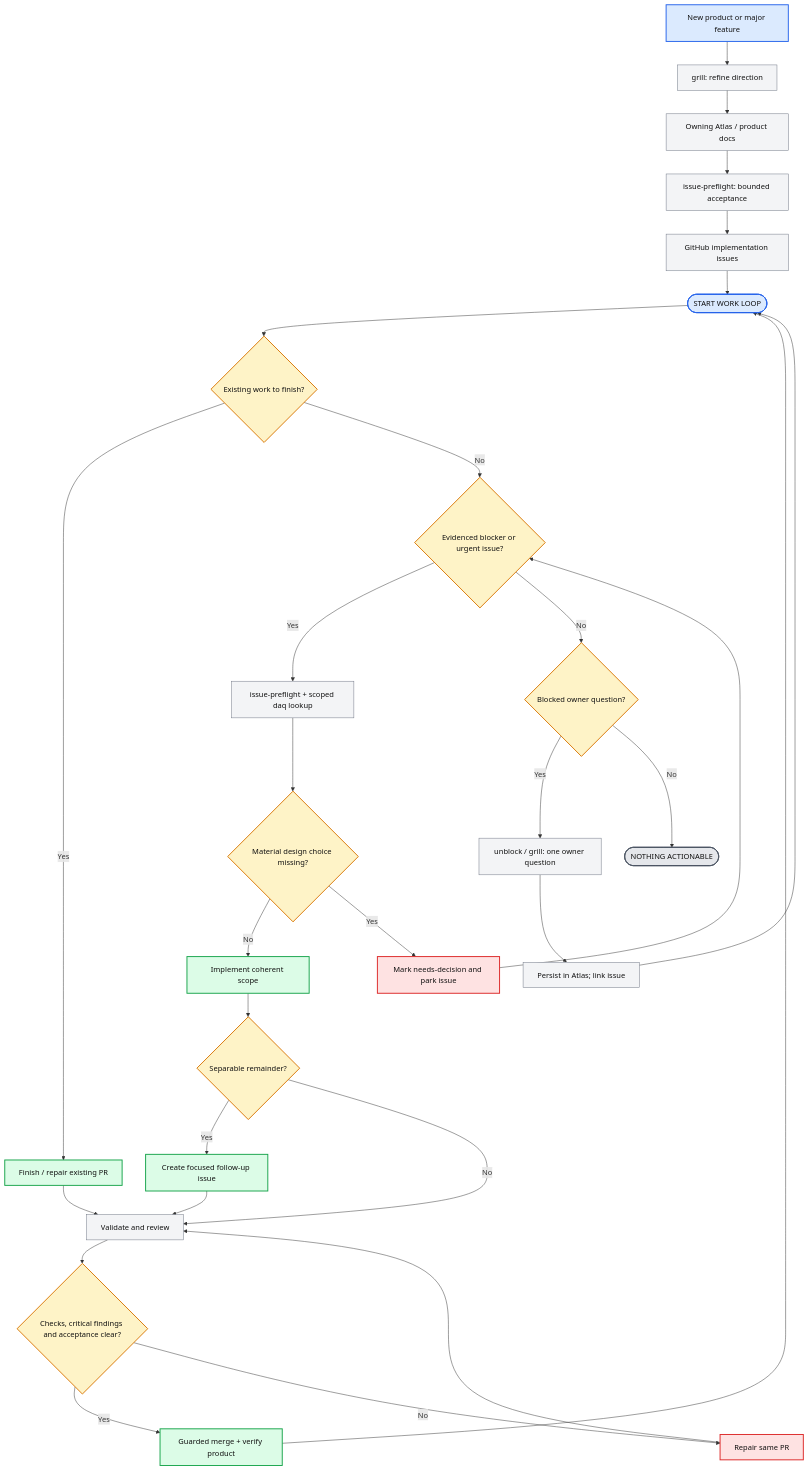
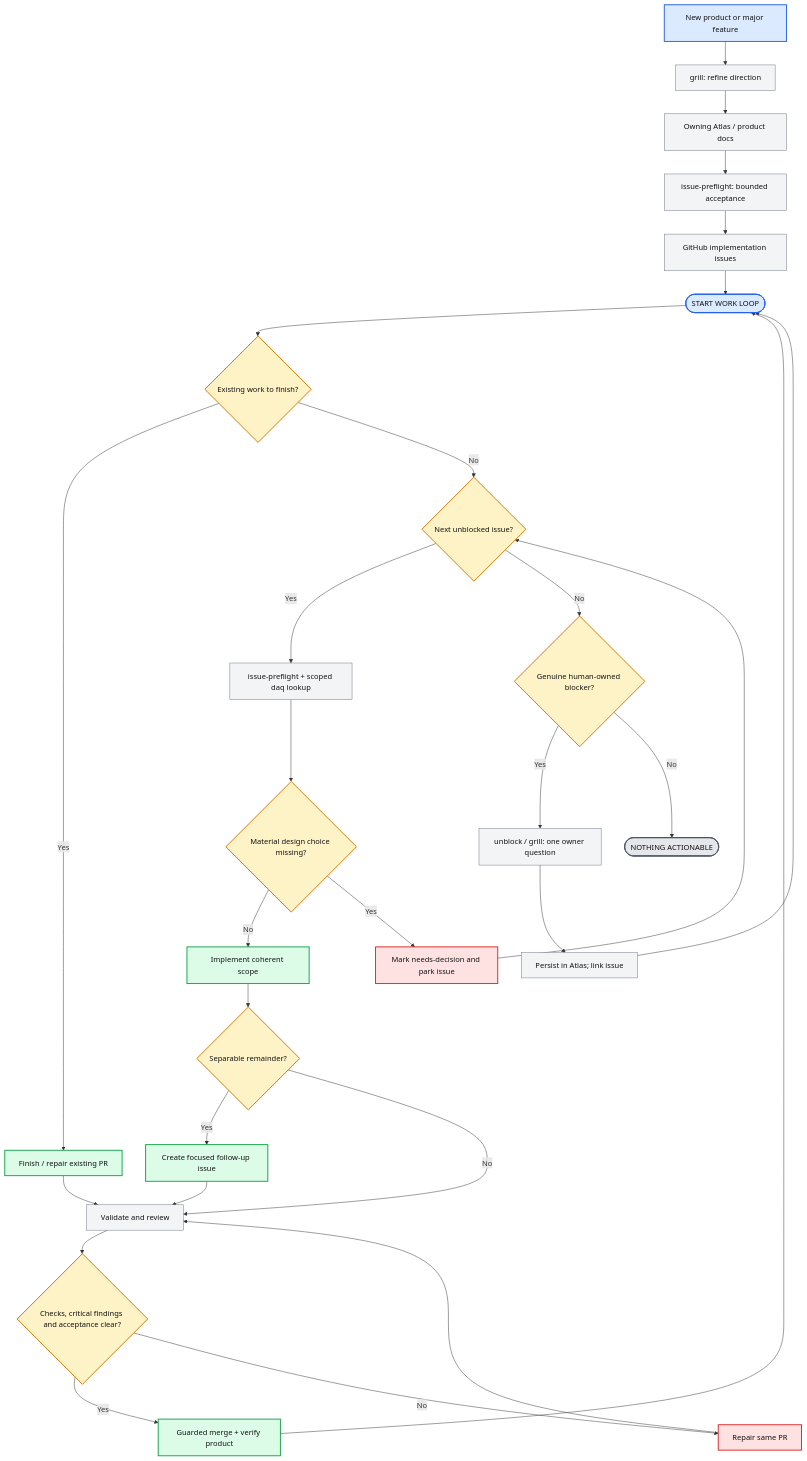
The diagram in README.md (moritzbrantner/dotfiles), drawn with Mermaid before and after one commit. The commit also changed other lines of this file, not shown here.

Commit message:
docs: describe issue-driven scheduling without product priorities

````diff
--- a/README.md
+++ b/README.md
@@ -117,40 +127,40 @@
 ```mermaid
 flowchart TD
     IDEA[New product or major feature]:::start --> GRILL[grill: refine direction]:::action
     GRILL --> ATLAS[Owning Atlas / product docs]:::action
     ATLAS --> PREFLIGHT[issue-preflight: bounded acceptance]:::action
     PREFLIGHT --> ISSUES[GitHub implementation issues]:::action
     ISSUES --> START([START WORK LOOP]):::start
 
     START --> EXISTING{Existing work to finish?}:::question
     EXISTING -->|Yes| FINISH[Finish / repair existing PR]:::yes
     FINISH --> VERIFY[Validate and review]:::action
-    EXISTING -->|No| ISSUE{Evidenced blocker or urgent issue?}:::question
+    EXISTING -->|No| ISSUE{Next unblocked issue?}:::question
     ISSUE -->|Yes| INTENT[issue-preflight + scoped daq lookup]:::action
     INTENT --> GAP{Material design choice missing?}:::question
     GAP -->|No| IMPLEMENT[Implement coherent scope]:::yes
     GAP -->|Yes| BLOCK[Mark needs-decision and park issue]:::no
     BLOCK --> ISSUE
     DECISION -->|Yes| ASK[unblock / grill: one owner question]:::action
-    ISSUE -->|No| DECISION{Blocked owner question?}:::question
+    ISSUE -->|No| DECISION{Genuine human-owned blocker?}:::question
     DECISION -->|No| DONE([NOTHING ACTIONABLE]):::stop
     ASK --> RECORD[Persist in Atlas; link issue]:::action
     RECORD --> START
 
     IMPLEMENT --> EXTRA{Separable remainder?}:::question
     EXTRA -->|Yes| FOLLOWUP[Create focused follow-up issue]:::yes
     EXTRA -->|No| VERIFY
     FOLLOWUP --> VERIFY
     VERIFY --> PASS{Checks, critical findings and acceptance clear?}:::question
     PASS -->|Yes| MERGE[Guarded merge + verify product]:::yes
     PASS -->|No| FIX[Repair same PR]:::no
     FIX --> VERIFY
     MERGE --> START
 
     classDef start fill:#dbeafe,stroke:#2563eb,stroke-width:2px,color:#111;
     classDef stop fill:#e5e7eb,stroke:#4b5563,stroke-width:2px,color:#111;
     classDef question fill:#fef3c7,stroke:#d97706,stroke-width:2px,color:#111;
     classDef yes fill:#dcfce7,stroke:#16a34a,stroke-width:2px,color:#111;
     classDef no fill:#fee2e2,stroke:#dc2626,stroke-width:2px,color:#111;
     classDef action fill:#f3f4f6,stroke:#6b7280,stroke-width:1px,color:#111;
 ```
````
